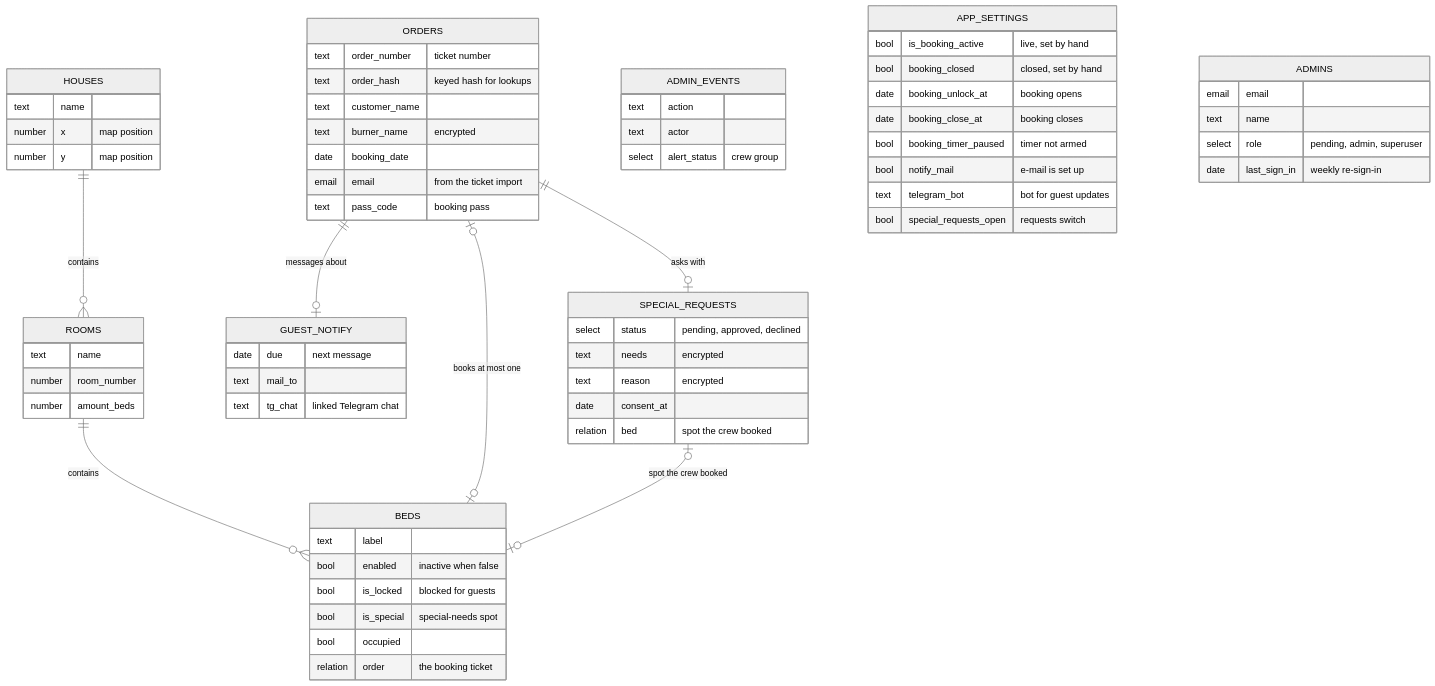
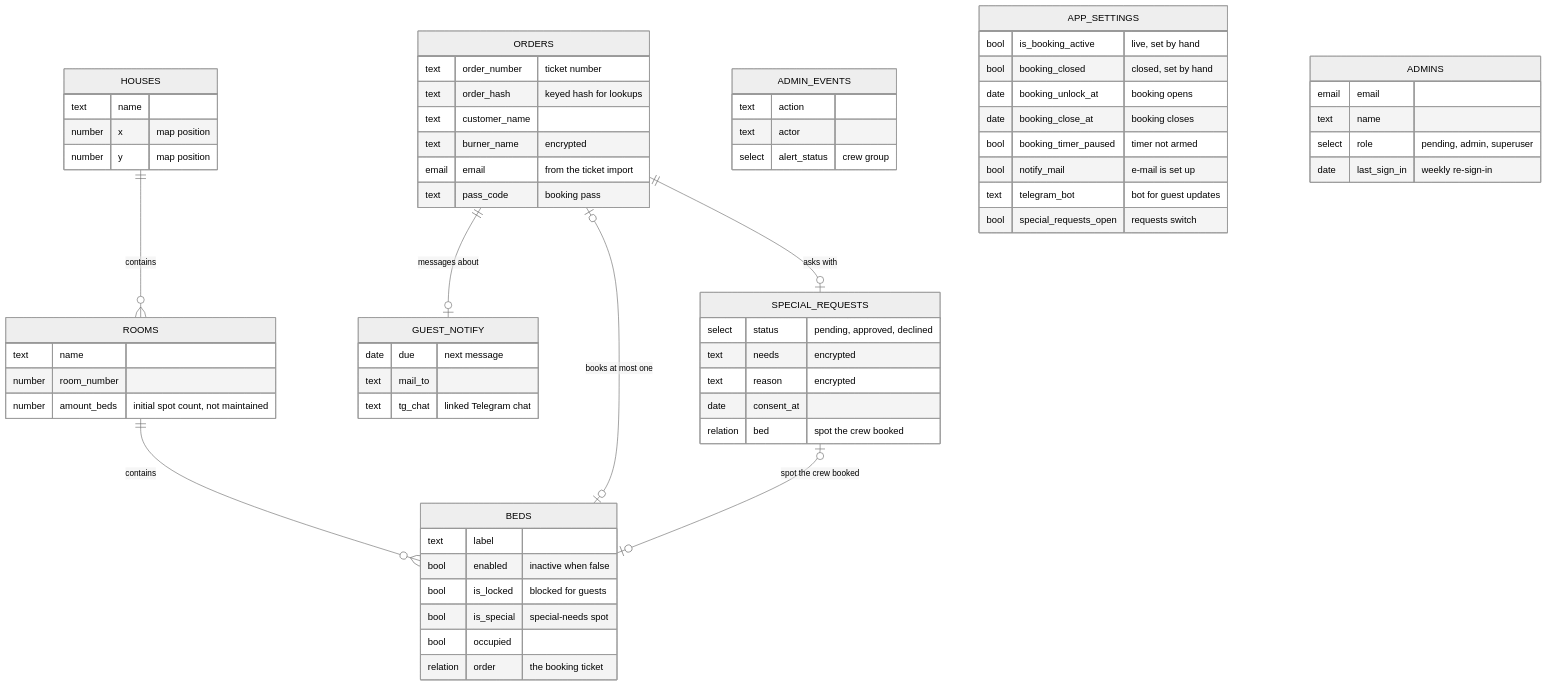
Before and after one commit to MorpheusMXML/hamburn-cozynights: the second of 3 diagrams in docs/reference/architecture.md, drawn with Mermaid (neutral theme). The commit also changed 46 other files, not shown here.

````diff
--- a/docs/reference/architecture.md
+++ b/docs/reference/architecture.md
@@ -65,69 +65,68 @@
 ```mermaid
 erDiagram
   HOUSES ||--o{ ROOMS : contains
   ROOMS ||--o{ BEDS : contains
   ORDERS |o--o| BEDS : "books at most one"
   ORDERS ||--o| GUEST_NOTIFY : "messages about"
   ORDERS ||--o| SPECIAL_REQUESTS : "asks with"
   SPECIAL_REQUESTS |o--o| BEDS : "spot the crew booked"
   HOUSES {
     text name
     number x "map position"
     number y "map position"
   }
   ROOMS {
     text name
     number room_number
-    number amount_beds
+    number amount_beds "initial spot count, not maintained"
   }
   BEDS {
     text label
     bool enabled "inactive when false"
     bool is_locked "blocked for guests"
     bool is_special "special-needs spot"
     bool occupied
     relation order "the booking ticket"
   }
   ORDERS {
     text order_number "ticket number"
     text order_hash "keyed hash for lookups"
     text customer_name
     text burner_name "encrypted"
-    date booking_date
     email email "from the ticket import"
     text pass_code "booking pass"
   }
   GUEST_NOTIFY {
     date due "next message"
     text mail_to
     text tg_chat "linked Telegram chat"
   }
   SPECIAL_REQUESTS {
     select status "pending, approved, declined"
     text needs "encrypted"
     text reason "encrypted"
     date consent_at
     relation bed "spot the crew booked"
   }
   ADMIN_EVENTS {
     text action
     text actor
     select alert_status "crew group"
   }
   APP_SETTINGS {
     bool is_booking_active "live, set by hand"
     bool booking_closed "closed, set by hand"
     date booking_unlock_at "booking opens"
     date booking_close_at "booking closes"
     bool booking_timer_paused "timer not armed"
     bool notify_mail "e-mail is set up"
     text telegram_bot "bot for guest updates"
     bool special_requests_open "requests switch"
   }
   ADMINS {
     email email
     text name
     select role "pending, admin, superuser"
     date last_sign_in "weekly re-sign-in"
   }
 ```
````
